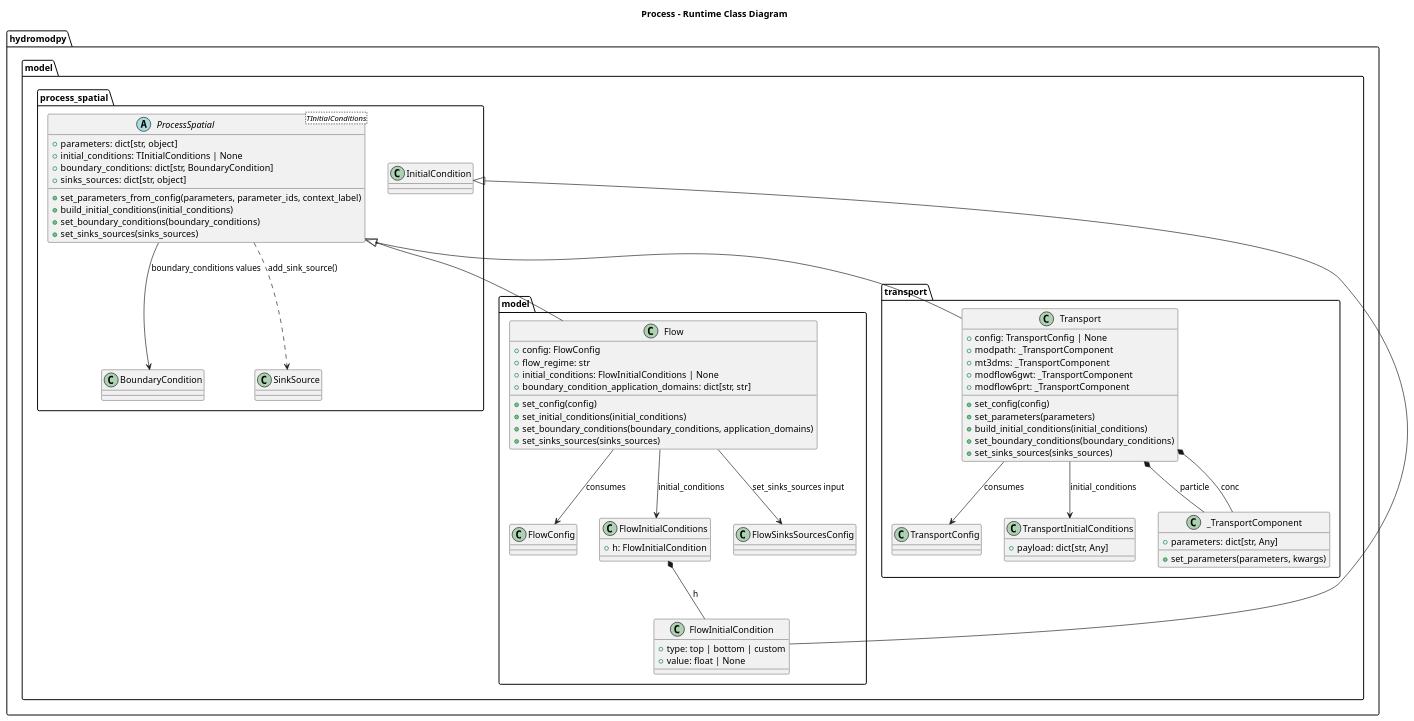
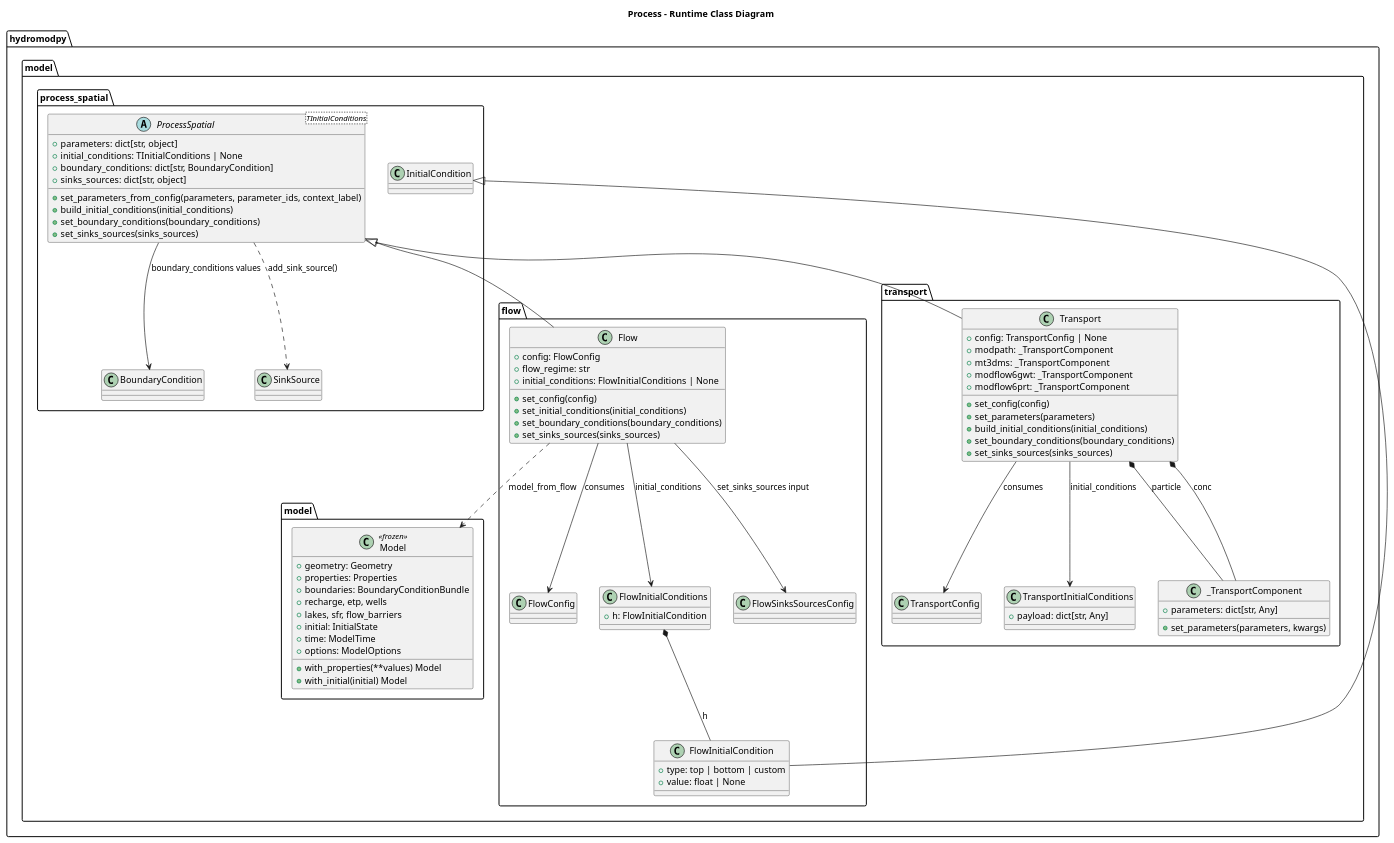
The diagram in docs/source/contribute/architecture/process/diagrams/process_runtime_class.wsd (HydroModPy/HydroModPy), drawn with PlantUML before and after one commit. The commit also changed 296 other files, not shown here.

```diff
--- a/docs/source/contribute/architecture/process/diagrams/process_runtime_class.wsd
+++ b/docs/source/contribute/architecture/process/diagrams/process_runtime_class.wsd
@@ -1,85 +1,100 @@
 @startuml
 title Process - Runtime Class Diagram
 
 package "hydromodpy.model.process_spatial" {
   abstract class "ProcessSpatial<TInitialConditions>" as ProcessSpatialT {
     +parameters: dict[str, object]
     +initial_conditions: TInitialConditions | None
     +boundary_conditions: dict[str, BoundaryCondition]
     +sinks_sources: dict[str, object]
     +set_parameters_from_config(parameters, parameter_ids, context_label)
     +build_initial_conditions(initial_conditions)
     +set_boundary_conditions(boundary_conditions)
     +set_sinks_sources(sinks_sources)
   }
 
   class InitialCondition
   class BoundaryCondition
   class SinkSource
 }
 
-package "hydromodpy.model.model" {
+package "hydromodpy.model.flow" {
   class Flow {
     +config: FlowConfig
     +flow_regime: str
     +initial_conditions: FlowInitialConditions | None
-    +boundary_condition_application_domains: dict[str, str]
     +set_config(config)
     +set_initial_conditions(initial_conditions)
-    +set_boundary_conditions(boundary_conditions, application_domains)
+    +set_boundary_conditions(boundary_conditions)
     +set_sinks_sources(sinks_sources)
   }
 
   class FlowConfig
   class FlowInitialCondition {
     +type: top | bottom | custom
     +value: float | None
   }
   class FlowInitialConditions {
     +h: FlowInitialCondition
   }
   class FlowSinksSourcesConfig
+}
+
+package "hydromodpy.model.model" {
+  class Model <<frozen>> {
+    +geometry: Geometry
+    +properties: Properties
+    +boundaries: BoundaryConditionBundle
+    +recharge, etp, wells
+    +lakes, sfr, flow_barriers
+    +initial: InitialState
+    +time: ModelTime
+    +options: ModelOptions
+    +with_properties(**values) Model
+    +with_initial(initial) Model
+  }
 }
 
 package "hydromodpy.model.transport" {
   class Transport {
     +config: TransportConfig | None
     +modpath: _TransportComponent
     +mt3dms: _TransportComponent
     +modflow6gwt: _TransportComponent
     +modflow6prt: _TransportComponent
     +set_config(config)
     +set_parameters(parameters)
     +build_initial_conditions(initial_conditions)
     +set_boundary_conditions(boundary_conditions)
     +set_sinks_sources(sinks_sources)
   }
 
   class TransportConfig
   class TransportInitialConditions {
     +payload: dict[str, Any]
   }
   class _TransportComponent {
     +parameters: dict[str, Any]
     +set_parameters(parameters, kwargs)
   }
 }
 
 ProcessSpatialT <|-- Flow
 ProcessSpatialT <|-- Transport
 
 Flow --> FlowConfig : consumes
+Flow ..> Model : model_from_flow
 Transport --> TransportConfig : consumes
 
 InitialCondition <|-- FlowInitialCondition
 FlowInitialConditions *-- FlowInitialCondition : h
 Flow --> FlowInitialConditions : initial_conditions
 Transport --> TransportInitialConditions : initial_conditions
 
 ProcessSpatialT --> BoundaryCondition : boundary_conditions values
 ProcessSpatialT ..> SinkSource : add_sink_source()
 
 Transport *-- _TransportComponent : particle
 Transport *-- _TransportComponent : conc
 Flow --> FlowSinksSourcesConfig : set_sinks_sources input
 @enduml
```
